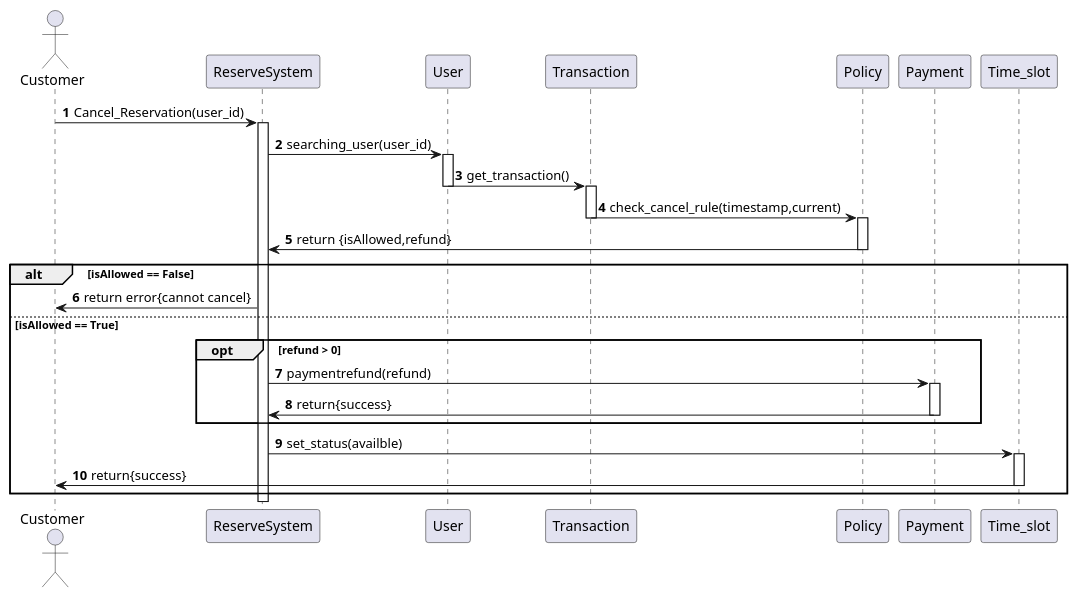
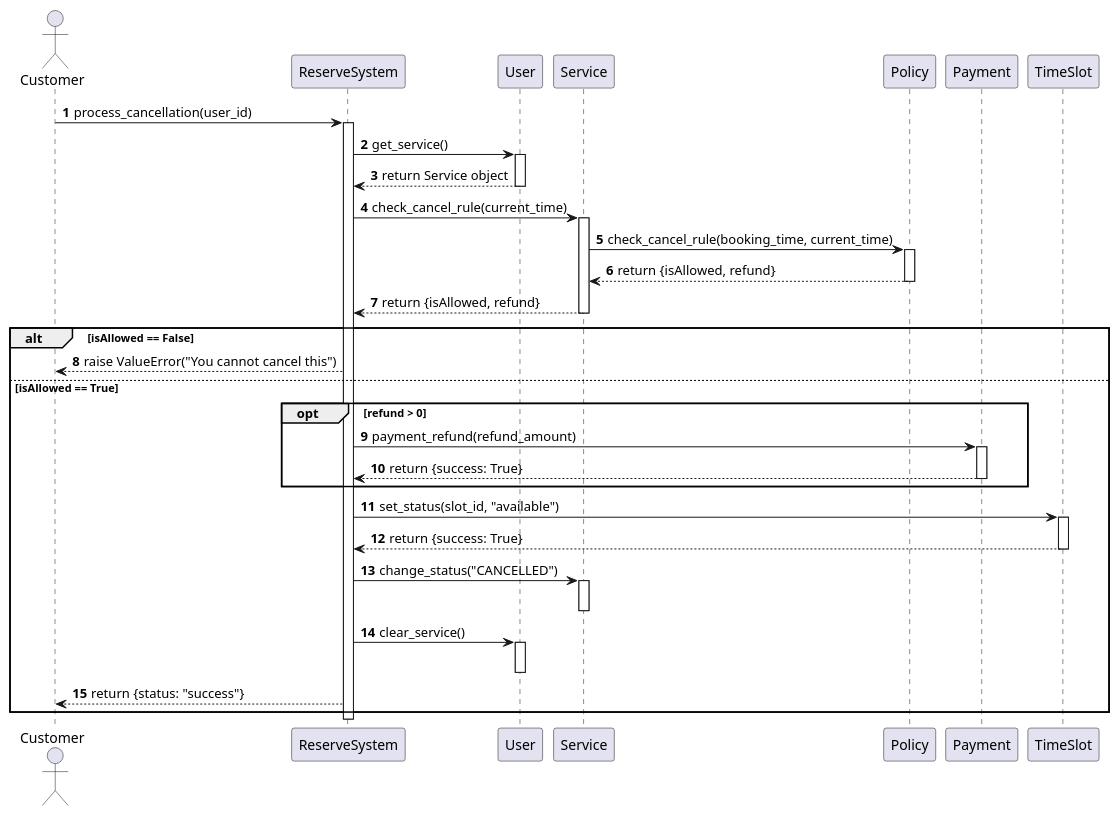
One commit to pjngth998/RhythmReserve changed the diagram in diagram/sequence_diagram/cancel_booking.puml. Above: the diagram before and after it, drawn with PlantUML.

```diff
--- a/diagram/sequence_diagram/cancel_booking.puml
+++ b/diagram/sequence_diagram/cancel_booking.puml
@@ -1,39 +1,56 @@
 @startuml cancel_booking
 autonumber
 actor Customer as C
 participant ReserveSystem as RS
 participant User as U
-participant Transaction as T
+participant Service as S
 participant Policy as Pol
 participant Payment as Pay
-participant Time_slot as TS
+participant TimeSlot as TS
 
-C->RS : Cancel_Reservation(user_id)
+C->RS : process_cancellation(user_id)
 activate RS
-RS -> U: searching_user(user_id)
+
+RS -> U: get_service()
 activate U
-U -> T: get_transaction()
+U --> RS: return Service object
 deactivate U
-activate T
-T -> Pol: check_cancel_rule(timestamp,current)
-deactivate T
+
+RS -> S: check_cancel_rule(current_time)
+activate S
+S -> Pol: check_cancel_rule(booking_time, current_time)
 activate Pol
-Pol -> RS : return {isAllowed,refund}
+Pol --> S : return {isAllowed, refund}
 deactivate Pol
+S --> RS : return {isAllowed, refund}
+deactivate S
 
 alt isAllowed == False
-    RS -> C: return error{cannot cancel}
+    RS --> C: raise ValueError("You cannot cancel this")
 
 else isAllowed == True
+
     opt refund > 0
-        RS -> Pay : paymentrefund(refund)
+        RS -> Pay : payment_refund(refund_amount)
         activate Pay
-        Pay -> RS: return{success}
+        Pay --> RS: return {success: True}
         deactivate Pay
     end
-    RS -> TS: set_status(availble)
+
+    RS -> TS: set_status(slot_id, "available")
     activate TS
-    TS -> C : return{success}
+    TS --> RS : return {success: True}
     deactivate TS
+
+    RS -> S : change_status("CANCELLED")
+    activate S
+    deactivate S
+
+    RS -> U : clear_service()
+    activate U
+    deactivate U
+
+    RS --> C : return {status: "success"}
 end
+deactivate RS
 @enduml
```
